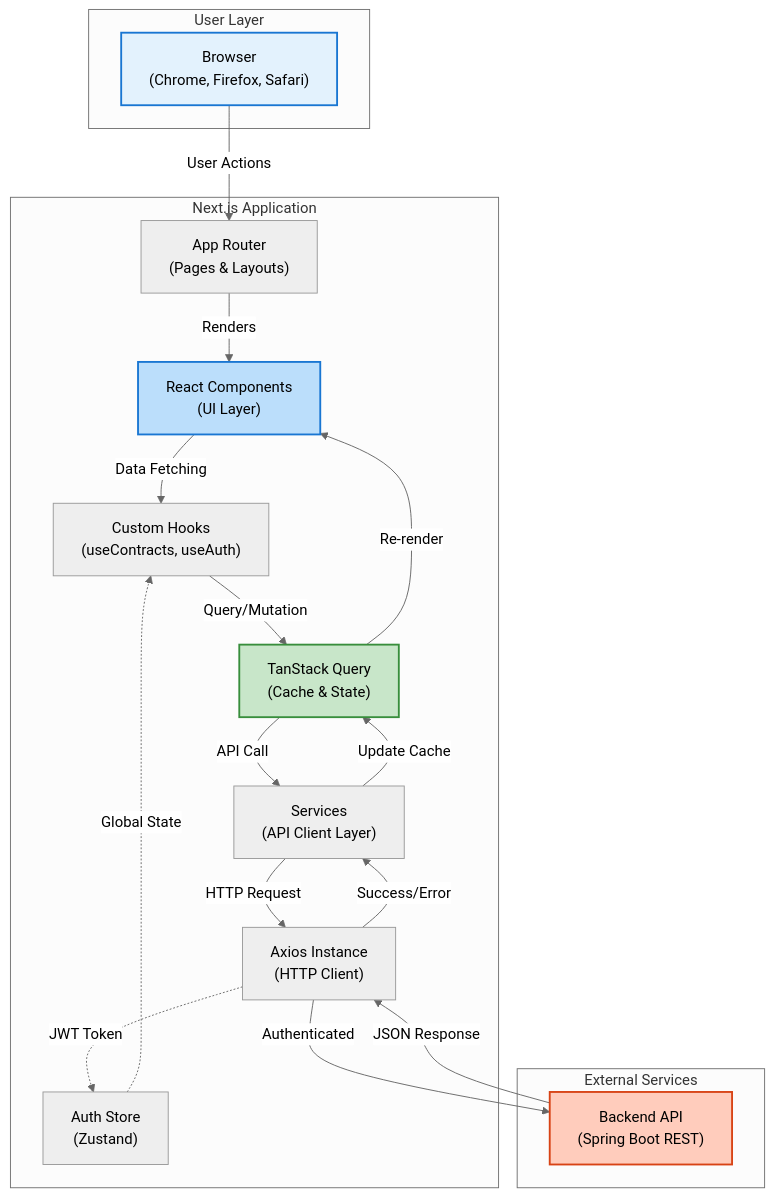
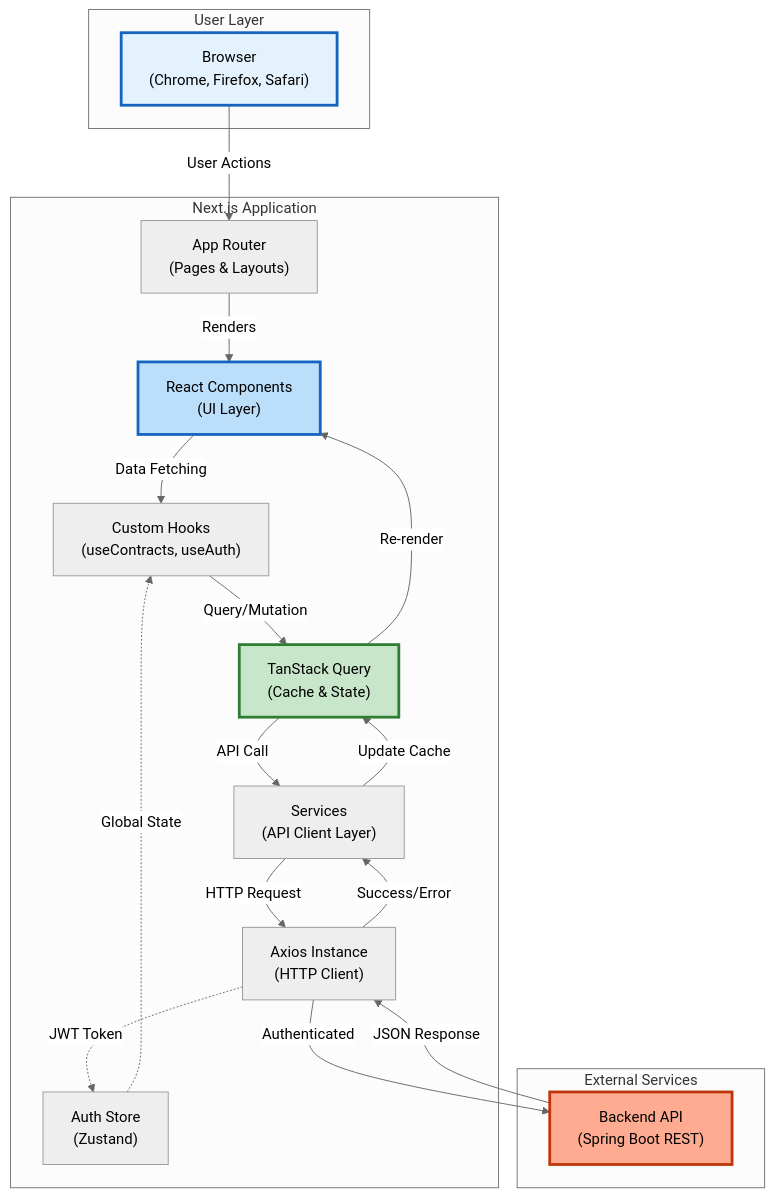
One commit to DonatoCorbacioDev/bcm-v2-frontend changed the first of 3 diagrams in README.md. Above: the diagram before and after it, drawn with Mermaid (neutral theme).

Commit message:
fix: improve mermaid diagram text contrast and readability
- Force black text on light backgrounds
- Optimize color palette for maximum readability
- Increase border visibility with 3px stroke
- Improve accessibility compliance

````diff
--- a/README.md
+++ b/README.md
@@ -65,39 +65,39 @@
 ```mermaid
 graph TB
     subgraph UserLayer["User Layer"]
         A["Browser<br>(Chrome, Firefox, Safari)"]
     end
     
     subgraph NextApp["Next.js Application"]
         B["App Router<br>(Pages & Layouts)"]
         C["React Components<br>(UI Layer)"]
         D["Custom Hooks<br>(useContracts, useAuth)"]
         E["TanStack Query<br>(Cache & State)"]
         F["Services<br>(API Client Layer)"]
         G["Axios Instance<br>(HTTP Client)"]
         H["Auth Store<br>(Zustand)"]
     end
     
     subgraph External["External Services"]
         I["Backend API<br>(Spring Boot REST)"]
     end
     
     A -->|User Actions| B
     B -->|Renders| C
     C -->|Data Fetching| D
     D -->|Query/Mutation| E
     E -->|API Call| F
     F -->|HTTP Request| G
     G -->|Authenticated| I
     I -->|JSON Response| G
     G -->|Success/Error| F
     F -->|Update Cache| E
     E -->|Re-render| C
     H -.->|Global State| D
     G -.->|JWT Token| H
     
-    style A fill:#e3f2fd,stroke:#1976d2,stroke-width:2px
-    style C fill:#bbdefb,stroke:#1976d2,stroke-width:2px
-    style E fill:#c8e6c9,stroke:#388e3c,stroke-width:2px
-    style I fill:#ffccbc,stroke:#d84315,stroke-width:2px
+    style A fill:#e3f2fd,stroke:#1565c0,stroke-width:3px,color:#000
+    style C fill:#bbdefb,stroke:#1565c0,stroke-width:3px,color:#000
+    style E fill:#c8e6c9,stroke:#2e7d32,stroke-width:3px,color:#000
+    style I fill:#ffab91,stroke:#bf360c,stroke-width:3px,color:#000
 ```
````
